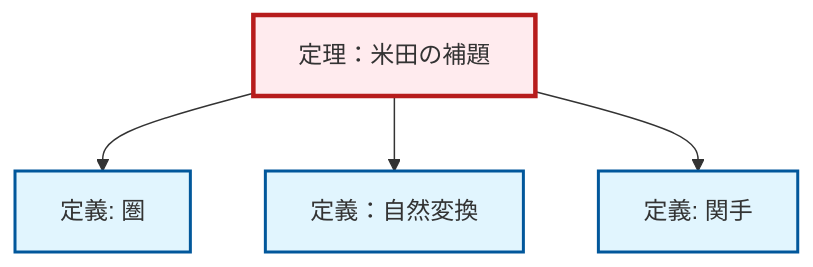
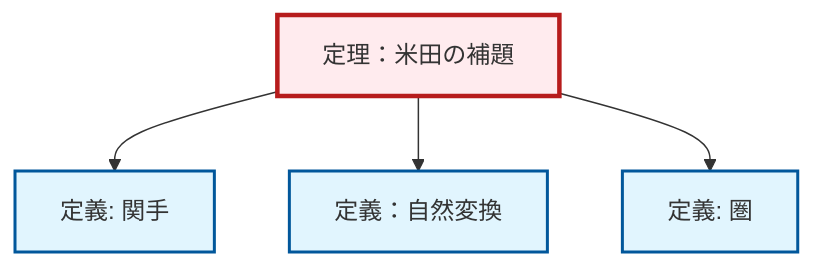
One commit to RK0429/ModernMath changed the diagram in content/ja/category-theory/thm-yoneda.qmd. Above: the diagram before and after it, drawn with Mermaid. The commit also changed other lines of this file and 328 other files, not shown here.

````diff
--- a/content/ja/category-theory/thm-yoneda.qmd
+++ b/content/ja/category-theory/thm-yoneda.qmd
@@ -96,20 +96,20 @@
 ```{mermaid}
 %%| fig-cap: "ローカル依存関係グラフ"
 graph TD
     classDef definition fill:#e1f5fe,stroke:#01579b,stroke-width:2px
     classDef theorem fill:#f3e5f5,stroke:#4a148c,stroke-width:2px
     classDef axiom fill:#fff3e0,stroke:#e65100,stroke-width:2px
     classDef example fill:#e8f5e9,stroke:#1b5e20,stroke-width:2px
     classDef current fill:#ffebee,stroke:#b71c1c,stroke-width:3px
+    thm-yoneda["定理：米田の補題"]:::theorem
+    def-category["定義: 圏"]:::definition
+    def-natural-transformation["定義：自然変換"]:::definition
     def-functor["定義: 関手"]:::definition
-    def-natural-transformation["定義：自然変換"]:::definition
-    def-category["定義: 圏"]:::definition
-    thm-yoneda["定理：米田の補題"]:::theorem
+    thm-yoneda --> def-functor
+    thm-yoneda --> def-natural-transformation
     thm-yoneda --> def-category
-    thm-yoneda --> def-natural-transformation
-    thm-yoneda --> def-functor
     class thm-yoneda current
+    click def-category "def-category.html" "圏の定義へ"
+    click def-natural-transformation "def-natural-transformation.html" "定義：自然変換へ"
     click def-functor "def-functor.html" "関手の定義へ"
-    click def-natural-transformation "def-natural-transformation.html" "定義：自然変換へ"
-    click def-category "def-category.html" "圏の定義へ"
 ```
````
